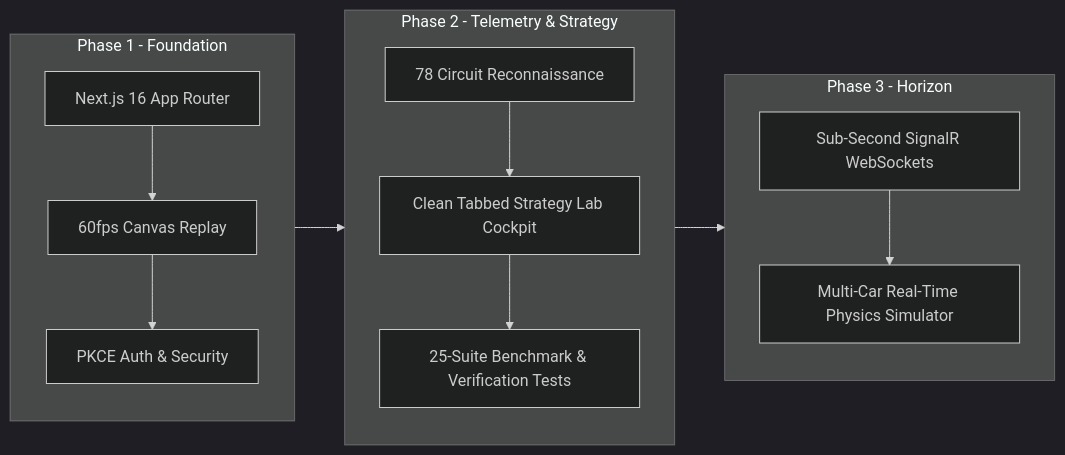
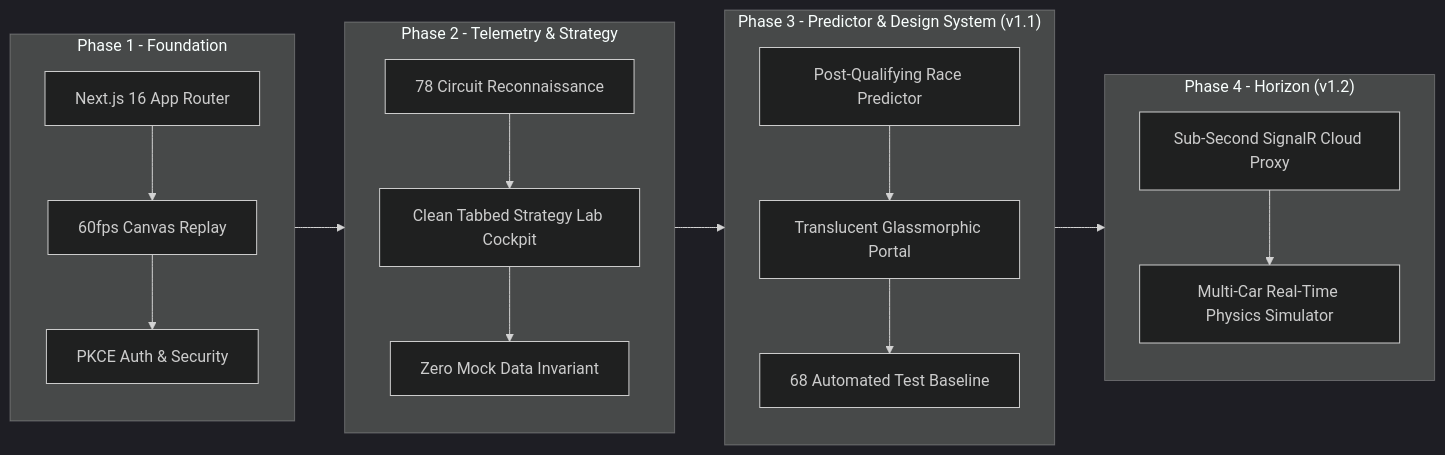
The second of 2 diagrams in docs/01_PRD.md (Hritik983567-Art/paddock), drawn with Mermaid (dark theme) before and after one commit. The commit also changed other lines of this file and 108 other files, not shown here.

Commit message:
feat: implement F1 Race Predictor suite and fix hot lap simulator telemetry braking physics across viewports

````diff
--- a/docs/01_PRD.md
+++ b/docs/01_PRD.md
@@ -93,22 +100,28 @@
 ```mermaid
 flowchart LR
     subgraph P1["Phase 1 - Foundation"]
         A1["Next.js 16 App Router"]
         A2["60fps Canvas Replay"]
         A3["PKCE Auth & Security"]
         A1 --> A2 --> A3
     end
     subgraph P2["Phase 2 - Telemetry & Strategy"]
         B1["78 Circuit Reconnaissance"]
         B2["Clean Tabbed Strategy Lab Cockpit"]
-        B3["25-Suite Benchmark & Verification Tests"]
+        B3["Zero Mock Data Invariant"]
         B1 --> B2 --> B3
     end
-    subgraph P3["Phase 3 - Horizon"]
-        C1["Sub-Second SignalR WebSockets"]
-        C2["Multi-Car Real-Time Physics Simulator"]
-        C1 --> C2
+    subgraph P3["Phase 3 - Predictor & Design System (v1.1)"]
+        C1["Post-Qualifying Race Predictor"]
+        C2["Translucent Glassmorphic Portal"]
+        C3["68 Automated Test Baseline"]
+        C1 --> C2 --> C3
+    end
+    subgraph P4["Phase 4 - Horizon (v1.2)"]
+        D1["Sub-Second SignalR Cloud Proxy"]
+        D2["Multi-Car Real-Time Physics Simulator"]
+        D1 --> D2
     end
 
-    P1 --> P2 --> P3
+    P1 --> P2 --> P3 --> P4
 ```
````
